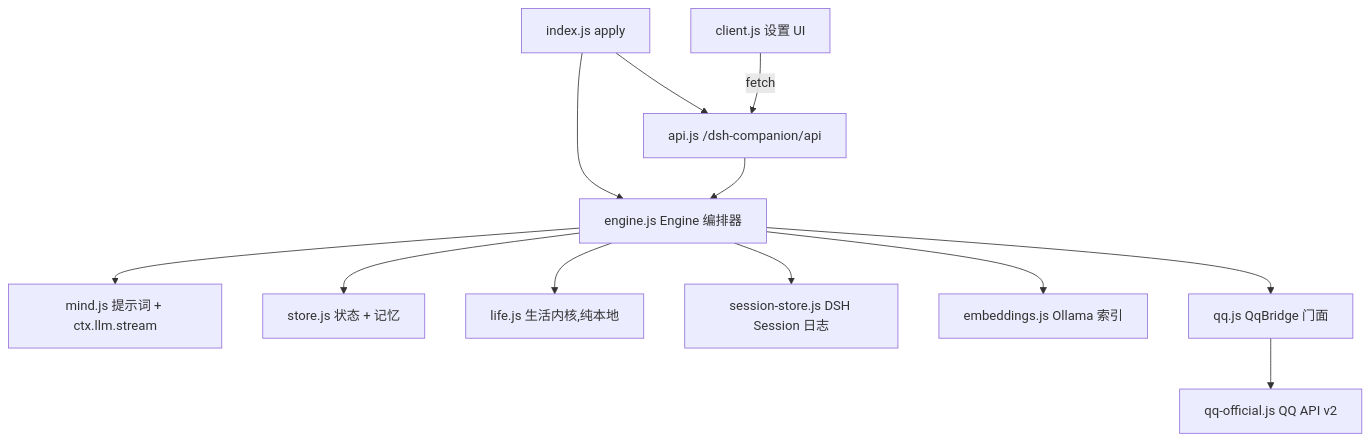
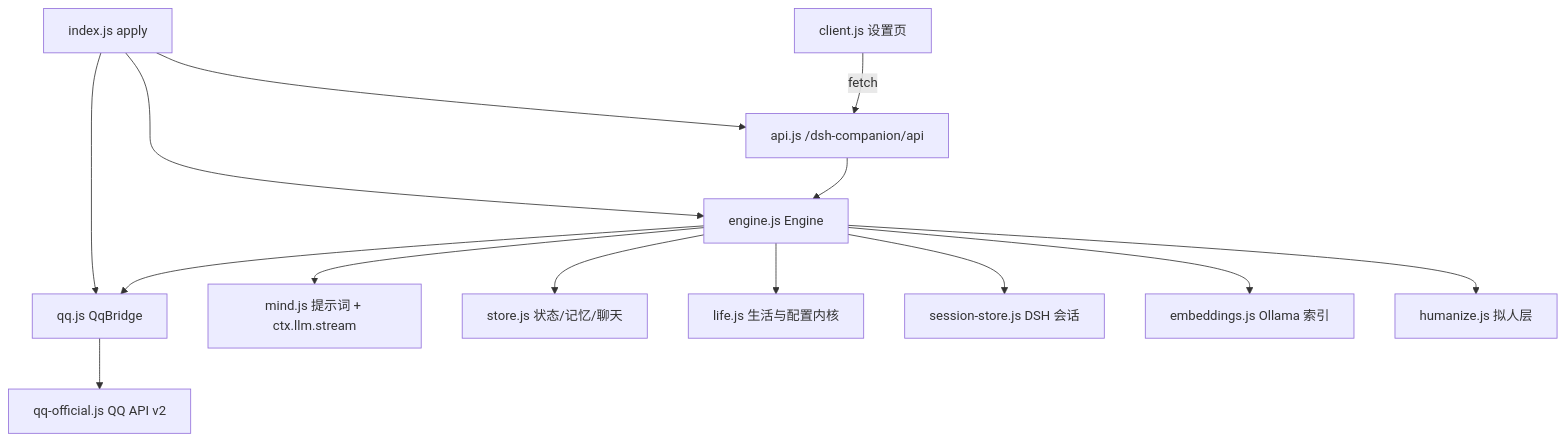
The diagram in AGENTS.md (sswym/shen-xi), drawn with Mermaid before and after one commit. The commit also changed other lines of this file, not shown here.

````diff
--- a/AGENTS.md
+++ b/AGENTS.md
@@ -23,14 +18,16 @@
 ```mermaid
 flowchart TD
-    index[index.js apply] --> engine[engine.js Engine 编排器]
-    engine --> mind[mind.js 提示词 + ctx.llm.stream]
-    engine --> store[store.js 状态 + 记忆]
-    engine --> life[life.js 生活内核,纯本地]
-    engine --> session[session-store.js DSH Session 日志]
-    engine --> embed[embeddings.js Ollama 索引]
-    engine --> qq[qq.js QqBridge 门面]
-    qq --> official[qq-official.js QQ API v2]
-    index --> api[api.js /dsh-companion/api]
-    api --> engine
-    client[client.js 设置 UI] -- fetch --> api
+    idx[index.js apply] --> eng[engine.js Engine]
+    idx --> qq[qq.js QqBridge]
+    idx --> api[api.js /dsh-companion/api]
+    eng --> mind[mind.js 提示词 + ctx.llm.stream]
+    eng --> store[store.js 状态/记忆/聊天]
+    eng --> life[life.js 生活与配置内核]
+    eng --> session[session-store.js DSH 会话]
+    eng --> emb[embeddings.js Ollama 索引]
+    eng --> hum[humanize.js 拟人层]
+    eng --> qq
+    qq --> off[qq-official.js QQ API v2]
+    api --> eng
+    client[client.js 设置页] -- fetch --> api
 ```
````
